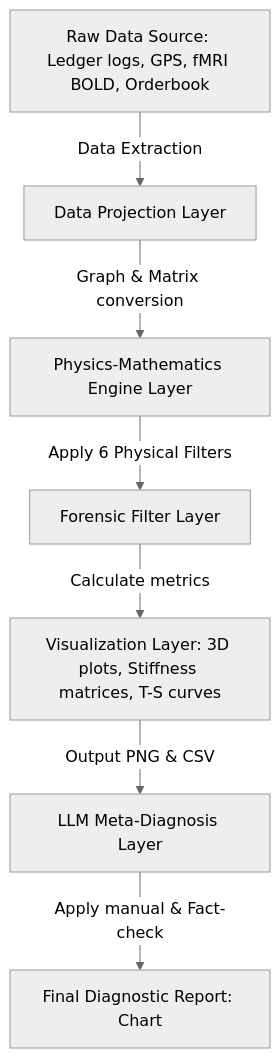
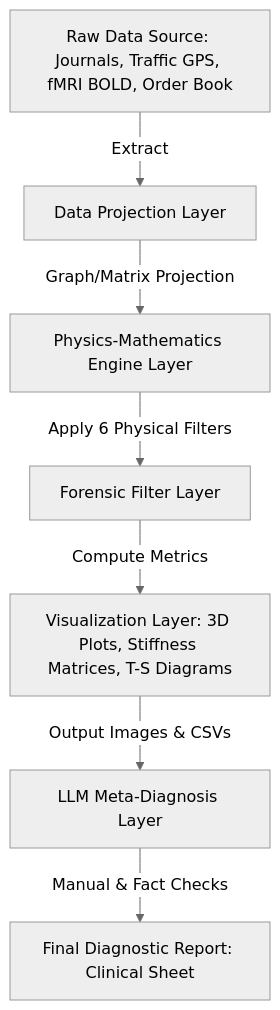
Before and after one commit to renpoo/TLU: the diagram in docs/System_Architecture_and_Operations.md, drawn with Mermaid (neutral theme). The commit also changed other lines of this file and 27 other files, not shown here.

````diff
--- a/docs/System_Architecture_and_Operations.md
+++ b/docs/System_Architecture_and_Operations.md
@@ -23,9 +23,9 @@
 ```mermaid
 graph TD
-    A[Raw Data Source: Ledger logs, GPS, fMRI BOLD, Orderbook] -->|Data Extraction| B[Data Projection Layer]
-    B -->|Graph & Matrix conversion| C[Physics-Mathematics Engine Layer]
+    A[Raw Data Source: Journals, Traffic GPS, fMRI BOLD, Order Book] -->|Extract| B[Data Projection Layer]
+    B -->|Graph/Matrix Projection| C[Physics-Mathematics Engine Layer]
     C -->|Apply 6 Physical Filters| D[Forensic Filter Layer]
-    D -->|Calculate metrics| E[Visualization Layer: 3D plots, Stiffness matrices, T-S curves]
-    E -->|Output PNG & CSV| F[LLM Meta-Diagnosis Layer]
-    F -->|Apply manual & Fact-check| G[Final Diagnostic Report: Chart]
+    D -->|Compute Metrics| E[Visualization Layer: 3D Plots, Stiffness Matrices, T-S Diagrams]
+    E -->|Output Images & CSVs| F[LLM Meta-Diagnosis Layer]
+    F -->|Manual & Fact Checks| G[Final Diagnostic Report: Clinical Sheet]
 ```
````
